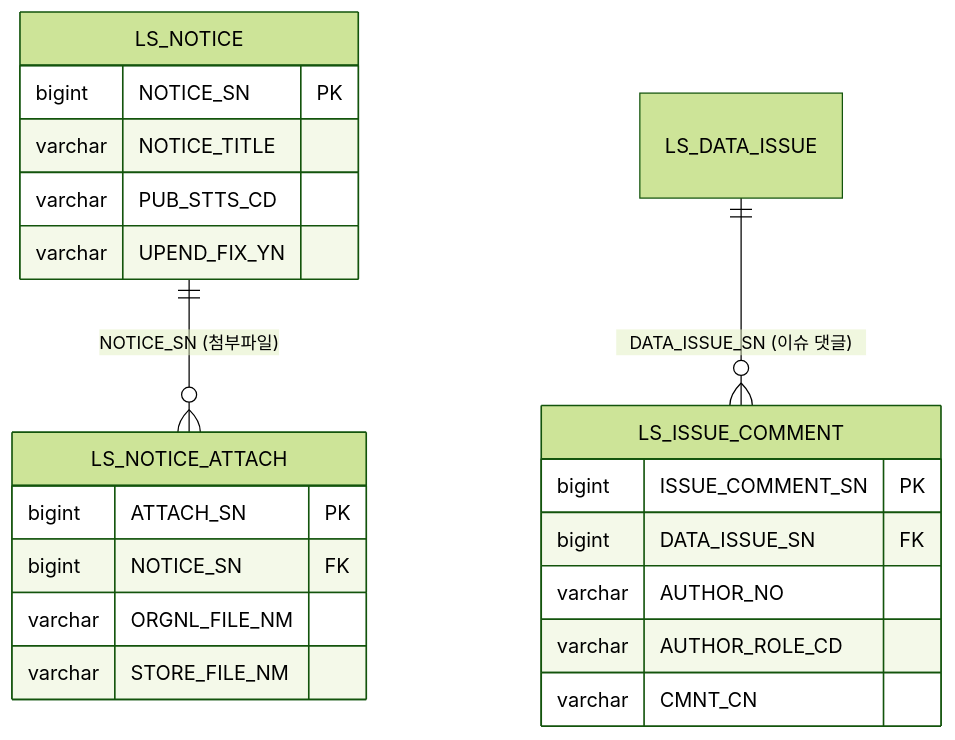
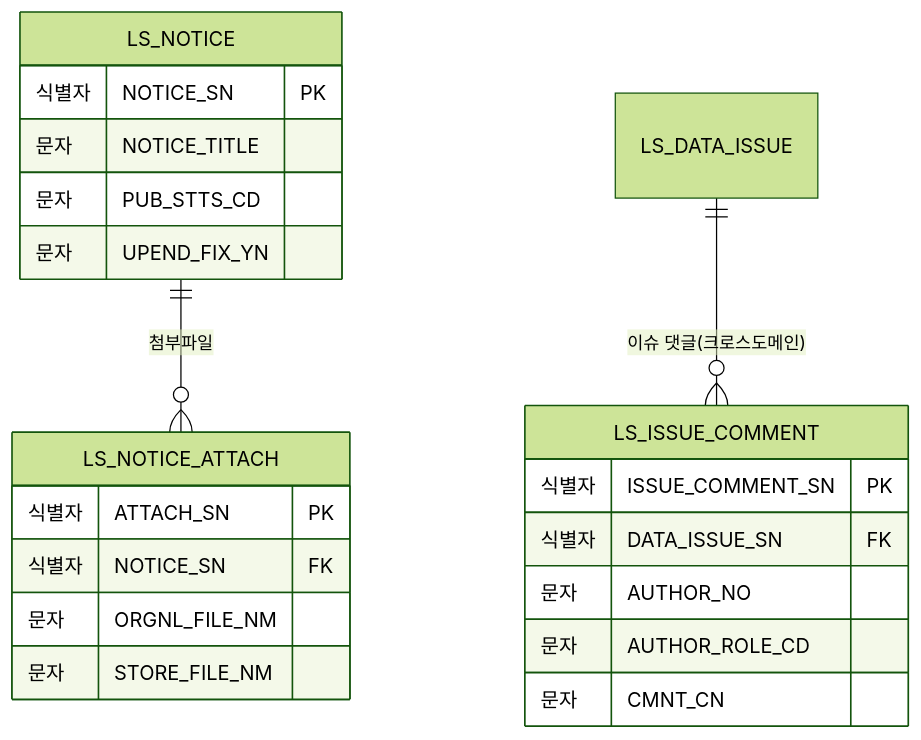
One commit to New-stella/klid-label changed diagram 13 of 13 in docs/design/D8-엔티티관계모형설계서.md. Above: the diagram before and after it, drawn with Mermaid (forest theme). The commit also changed other lines of this file and 32 other files, not shown here.

````diff
--- a/docs/design/D8-엔티티관계모형설계서.md
+++ b/docs/design/D8-엔티티관계모형설계서.md
@@ -392,24 +420,24 @@
 ```mermaid
 erDiagram
-    LS_NOTICE ||--o{ LS_NOTICE_ATTACH : "NOTICE_SN (첨부파일)"
-    LS_DATA_ISSUE ||--o{ LS_ISSUE_COMMENT : "DATA_ISSUE_SN (이슈 댓글)"
+    LS_NOTICE ||--o{ LS_NOTICE_ATTACH : "첨부파일"
+    LS_DATA_ISSUE ||--o{ LS_ISSUE_COMMENT : "이슈 댓글(크로스도메인)"
     LS_NOTICE {
-        bigint NOTICE_SN PK
-        varchar NOTICE_TITLE
-        varchar PUB_STTS_CD
-        varchar UPEND_FIX_YN
+        식별자 NOTICE_SN PK
+        문자 NOTICE_TITLE
+        문자 PUB_STTS_CD
+        문자 UPEND_FIX_YN
     }
     LS_NOTICE_ATTACH {
-        bigint ATTACH_SN PK
-        bigint NOTICE_SN FK
-        varchar ORGNL_FILE_NM
-        varchar STORE_FILE_NM
+        식별자 ATTACH_SN PK
+        식별자 NOTICE_SN FK
+        문자 ORGNL_FILE_NM
+        문자 STORE_FILE_NM
     }
     LS_ISSUE_COMMENT {
-        bigint ISSUE_COMMENT_SN PK
-        bigint DATA_ISSUE_SN FK
-        varchar AUTHOR_NO
-        varchar AUTHOR_ROLE_CD
-        varchar CMNT_CN
+        식별자 ISSUE_COMMENT_SN PK
+        식별자 DATA_ISSUE_SN FK
+        문자 AUTHOR_NO
+        문자 AUTHOR_ROLE_CD
+        문자 CMNT_CN
     }
 ```
````
